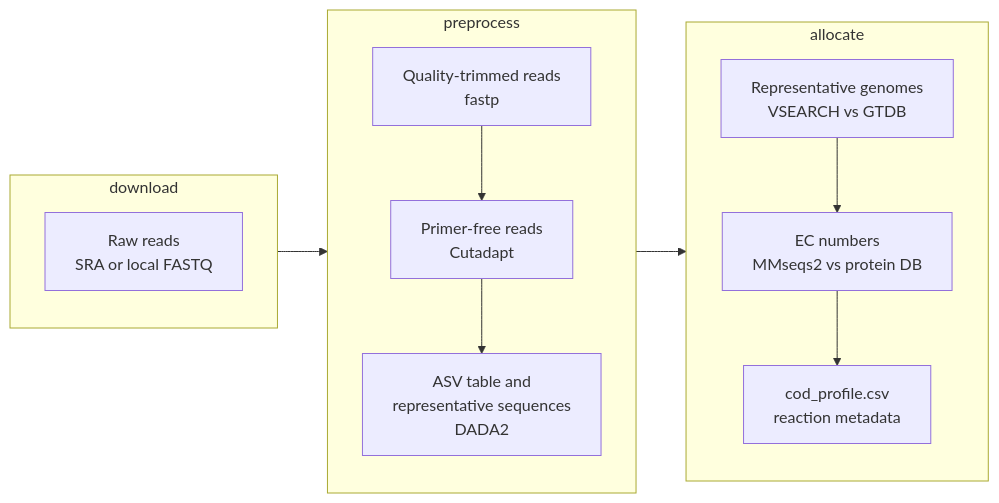
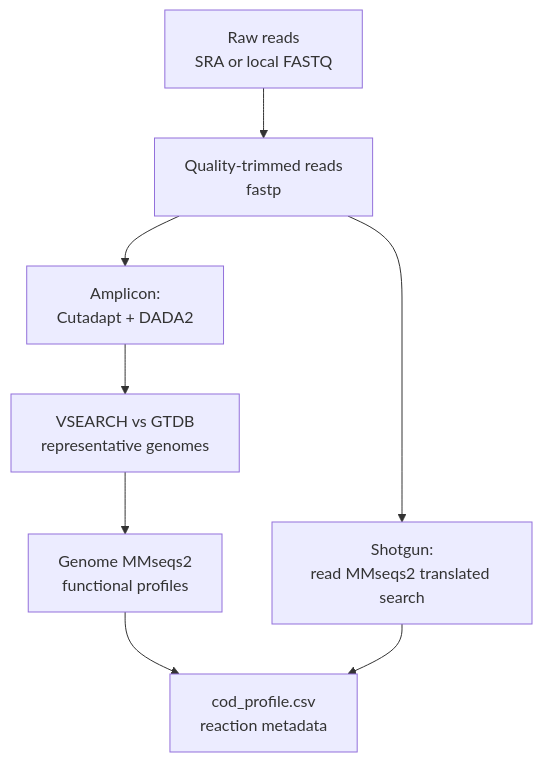
One commit to chan-csu/ADToolbox changed the diagram in docs/Metagenomics_Pipeline.md. Above: the diagram before and after it, drawn with Mermaid. The commit also changed other lines of this file and 14 other files, not shown here.

````diff
--- a/docs/Metagenomics_Pipeline.md
+++ b/docs/Metagenomics_Pipeline.md
@@ -13,26 +14,10 @@
 ```mermaid
-flowchart LR
-    subgraph dl["download"]
-        direction TB
-        A["Raw reads<br>SRA or local FASTQ"]
-    end
-
-    subgraph pp["preprocess"]
-        direction TB
-        B["Quality-trimmed reads<br>fastp"]
-        C["Primer-free reads<br>Cutadapt"]
-        D["ASV table and<br>representative sequences<br>DADA2"]
-        B --> C --> D
-    end
-
-    subgraph al["allocate"]
-        direction TB
-        E["Representative genomes<br>VSEARCH vs GTDB"]
-        F["EC numbers<br>MMseqs2 vs protein DB"]
-        G["cod_profile.csv<br>reaction metadata"]
-        E --> F --> G
-    end
-
-    A --> B
-    D --> E
+flowchart TB
+    A["Raw reads<br>SRA or local FASTQ"] --> B["Quality-trimmed reads<br>fastp"]
+    B --> C["Amplicon:<br>Cutadapt + DADA2"]
+    C --> D["VSEARCH vs GTDB<br>representative genomes"]
+    D --> E["Genome MMseqs2<br>functional profiles"]
+    B --> F["Shotgun:<br>read MMseqs2 translated search"]
+    E --> G["cod_profile.csv<br>reaction metadata"]
+    F --> G
 ```
````
